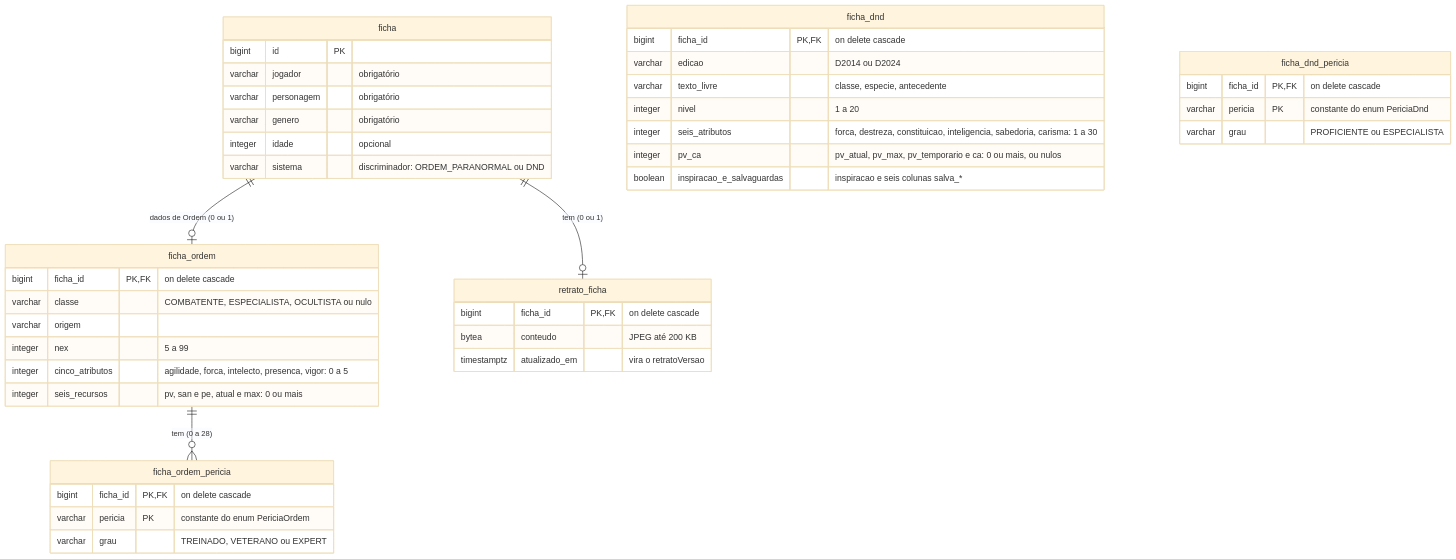
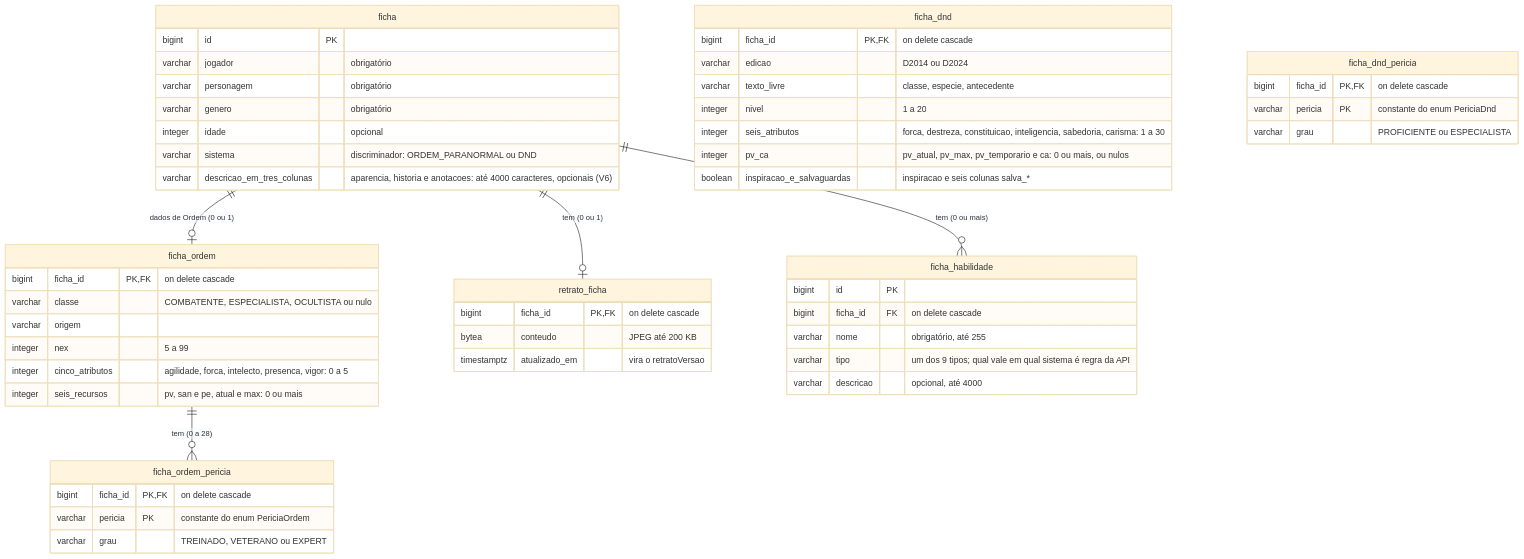
The second of 2 diagrams in README.md (Deive25/Gerenciador-de-Fichas-RPG), drawn with Mermaid (base theme) before and after one commit. The commit also changed other lines of this file and 2 other files, not shown here.

Commit message:
docs: README do 2.1g e ADR 0018 (listas da ficha em recursos proprios)

````diff
--- a/README.md
+++ b/README.md
@@ -299,46 +342,55 @@
 ```mermaid
 erDiagram
     ficha ||--o| ficha_ordem : "dados de Ordem (0 ou 1)"
     ficha_ordem ||--o{ ficha_ordem_pericia : "tem (0 a 28)"
     ficha ||--o| retrato_ficha : "tem (0 ou 1)"
+    ficha ||--o{ ficha_habilidade : "tem (0 ou mais)"
     ficha {
         bigint id PK
         varchar jogador "obrigatório"
         varchar personagem "obrigatório"
         varchar genero "obrigatório"
         integer idade "opcional"
         varchar sistema "discriminador: ORDEM_PARANORMAL ou DND"
+        varchar descricao_em_tres_colunas "aparencia, historia e anotacoes: até 4000 caracteres, opcionais (V6)"
     }
     ficha_ordem {
         bigint ficha_id PK, FK "on delete cascade"
         varchar classe "COMBATENTE, ESPECIALISTA, OCULTISTA ou nulo"
         varchar origem
         integer nex "5 a 99"
         integer cinco_atributos "agilidade, forca, intelecto, presenca, vigor: 0 a 5"
         integer seis_recursos "pv, san e pe, atual e max: 0 ou mais"
     }
     ficha_ordem_pericia {
         bigint ficha_id PK, FK "on delete cascade"
         varchar pericia PK "constante do enum PericiaOrdem"
         varchar grau "TREINADO, VETERANO ou EXPERT"
     }
     ficha_dnd {
         bigint ficha_id PK, FK "on delete cascade"
         varchar edicao "D2014 ou D2024"
         varchar texto_livre "classe, especie, antecedente"
         integer nivel "1 a 20"
         integer seis_atributos "forca, destreza, constituicao, inteligencia, sabedoria, carisma: 1 a 30"
         integer pv_ca "pv_atual, pv_max, pv_temporario e ca: 0 ou mais, ou nulos"
         boolean inspiracao_e_salvaguardas "inspiracao e seis colunas salva_*"
     }
     ficha_dnd_pericia {
         bigint ficha_id PK, FK "on delete cascade"
         varchar pericia PK "constante do enum PericiaDnd"
         varchar grau "PROFICIENTE ou ESPECIALISTA"
     }
+    ficha_habilidade {
+        bigint id PK
+        bigint ficha_id FK "on delete cascade"
+        varchar nome "obrigatório, até 255"
+        varchar tipo "um dos 9 tipos; qual vale em qual sistema é regra da API"
+        varchar descricao "opcional, até 4000"
+    }
     retrato_ficha {
         bigint ficha_id PK, FK "on delete cascade"
         bytea conteudo "JPEG até 200 KB"
         timestamptz atualizado_em "vira o retratoVersao"
     }
 ```
````
